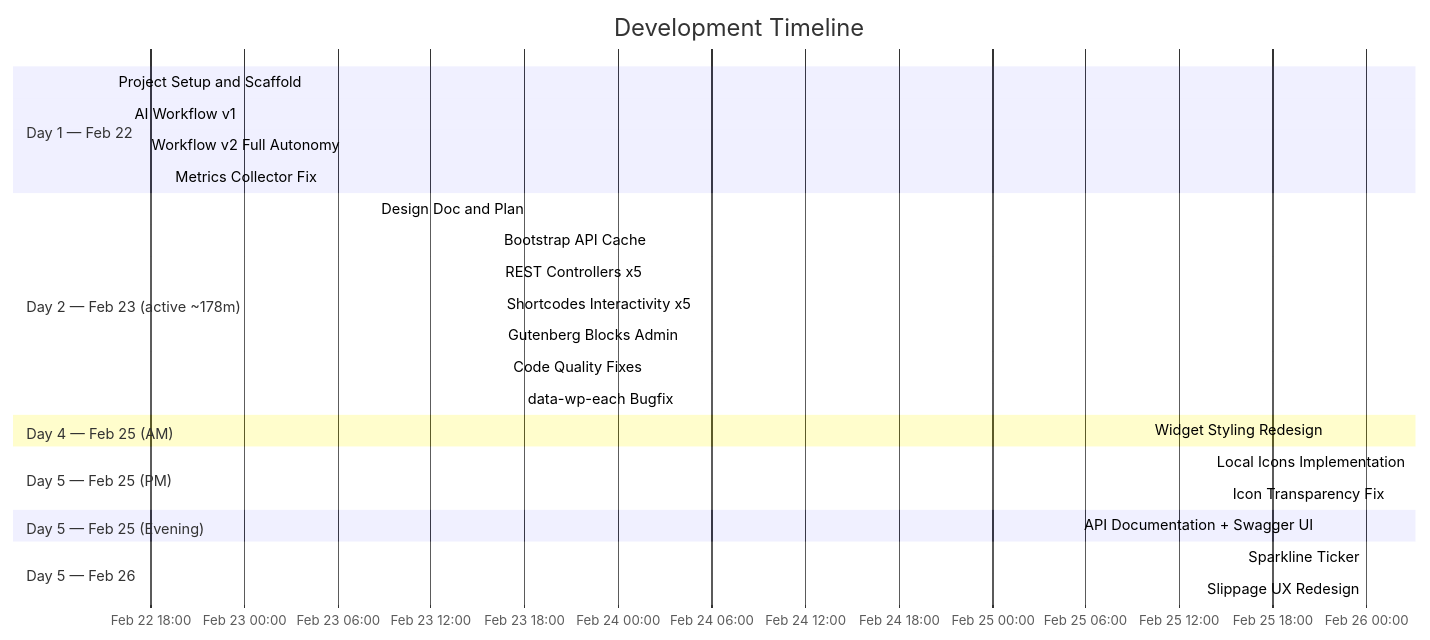
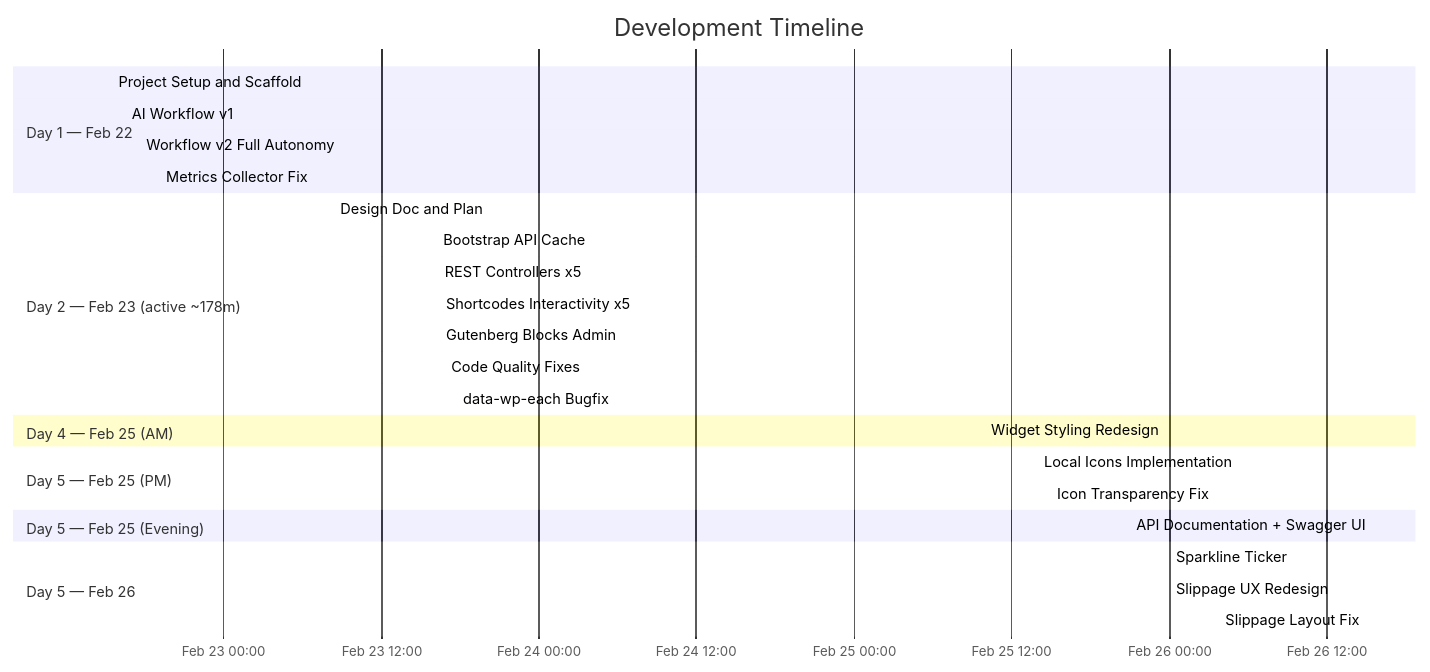
The third of 7 diagrams in README.md (atlantdak/claude-code-hackathon-xbo-market-kit), drawn with Mermaid before and after one commit. The commit also changed other lines of this file and 2 other files, not shown here.

First line of the commit message:
docs: update worklog, metrics, and README for slippage layout fix

````diff
--- a/README.md
+++ b/README.md
@@ -84,29 +85,30 @@
 ```mermaid
 gantt
     title Development Timeline
     dateFormat YYYY-MM-DD HH:mm
     axisFormat %b %d %H:%M
     section Day 1 — Feb 22
     Project Setup and Scaffold   :done, setup, 2026-02-22 15:33, 62min
     AI Workflow v1               :done, wf1, 2026-02-22 16:35, 66min
     Workflow v2 Full Autonomy    :done, wf2, 2026-02-22 17:41, 90min
     Metrics Collector Fix        :done, fix, 2026-02-22 19:11, 18min
     section Day 2 — Feb 23 (active ~178m)
     Design Doc and Plan          :done, plan, 2026-02-23 08:26, 128min
     Bootstrap API Cache          :done, core, 2026-02-23 16:18, 5min
     REST Controllers x5          :done, rest, 2026-02-23 16:22, 4min
     Shortcodes Interactivity x5  :done, sc, 2026-02-23 16:26, 5min
     Gutenberg Blocks Admin       :done, blk, 2026-02-23 16:31, 23min
     Code Quality Fixes           :done, qa, 2026-02-23 16:54, 52min
     data-wp-each Bugfix          :done, bugfix, 2026-02-23 17:46, 1min
     section Day 4 — Feb 25 (AM)
     Widget Styling Redesign    :done, style, 2026-02-25 10:00, 34min
     section Day 5 — Feb 25 (PM)
     Local Icons Implementation :done, icons, 2026-02-25 14:00, 53min
     Icon Transparency Fix      :done, iconfix, 2026-02-25 15:00, 5min
     section Day 5 — Feb 25 (Evening)
     API Documentation + Swagger UI :done, apidocs, 2026-02-25 21:00, 70min
     section Day 5 — Feb 26
     Sparkline Ticker              :done, sparkline, 2026-02-26 00:00, 60min
     Slippage UX Redesign          :done, slippage, 2026-02-26 00:00, 60min
+    Slippage Layout Fix           :done, slipfix, 2026-02-26 15:00, 30min
 ```
````
